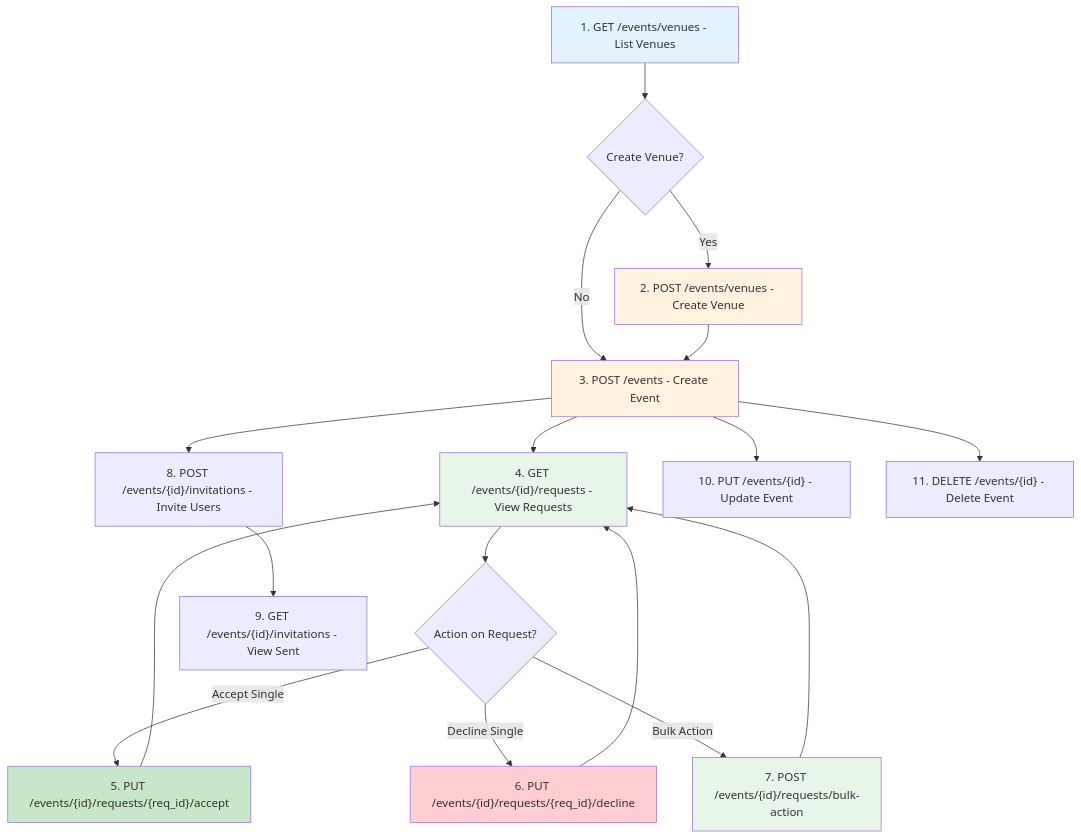
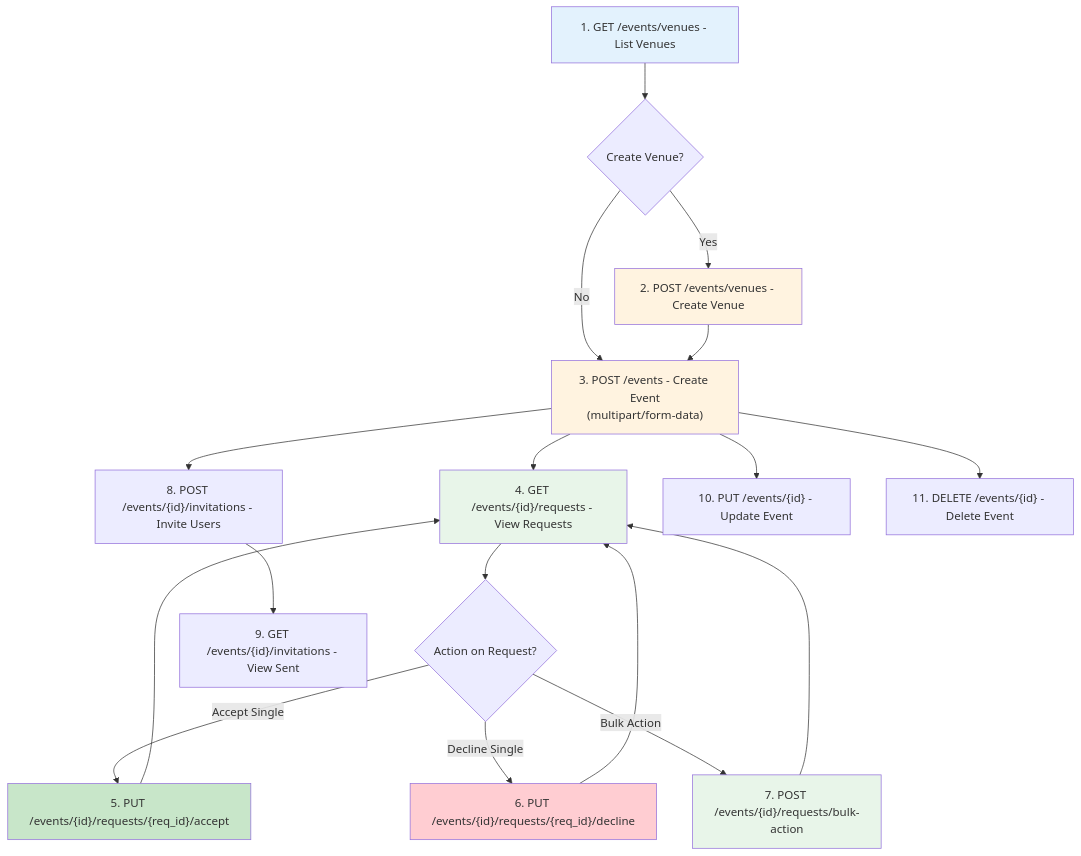
The third of 6 diagrams in events/docs/INTEGRATION_FLOW_GUIDE.md (LOOPINX-CIRCLE/LoopinBackend), drawn with Mermaid before and after one commit. The commit also changed other lines of this file, not shown here.

First line of the commit message:
Update event creation docs for multipart/form-data file uploads

````diff
--- a/events/docs/INTEGRATION_FLOW_GUIDE.md
+++ b/events/docs/INTEGRATION_FLOW_GUIDE.md
@@ -116,33 +116,33 @@
 ```mermaid
 flowchart TD
     A["1. GET /events/venues - List Venues"] --> B{Create Venue?}
     
     B -->|Yes| C["2. POST /events/venues - Create Venue"]
-    B -->|No| D["3. POST /events - Create Event"]
+    B -->|No| D["3. POST /events - Create Event<br/>(multipart/form-data)"]
     C --> D
     
     D --> E["4. GET /events/{id}/requests - View Requests"]
     E --> F{Action on Request?}
     
     F -->|Accept Single| G["5. PUT /events/{id}/requests/{req_id}/accept"]
     F -->|Decline Single| H["6. PUT /events/{id}/requests/{req_id}/decline"]
     F -->|Bulk Action| I["7. POST /events/{id}/requests/bulk-action"]
     
     G --> E
     H --> E
     I --> E
     
     D --> J["8. POST /events/{id}/invitations - Invite Users"]
     J --> K["9. GET /events/{id}/invitations - View Sent"]
     
     D --> L["10. PUT /events/{id} - Update Event"]
     D --> M["11. DELETE /events/{id} - Delete Event"]
     
     style A fill:#e3f2fd
     style C fill:#fff3e0
     style D fill:#fff3e0
     style E fill:#e8f5e9
     style G fill:#c8e6c9
     style H fill:#ffcdd2
     style I fill:#e8f5e9
 ```
````
